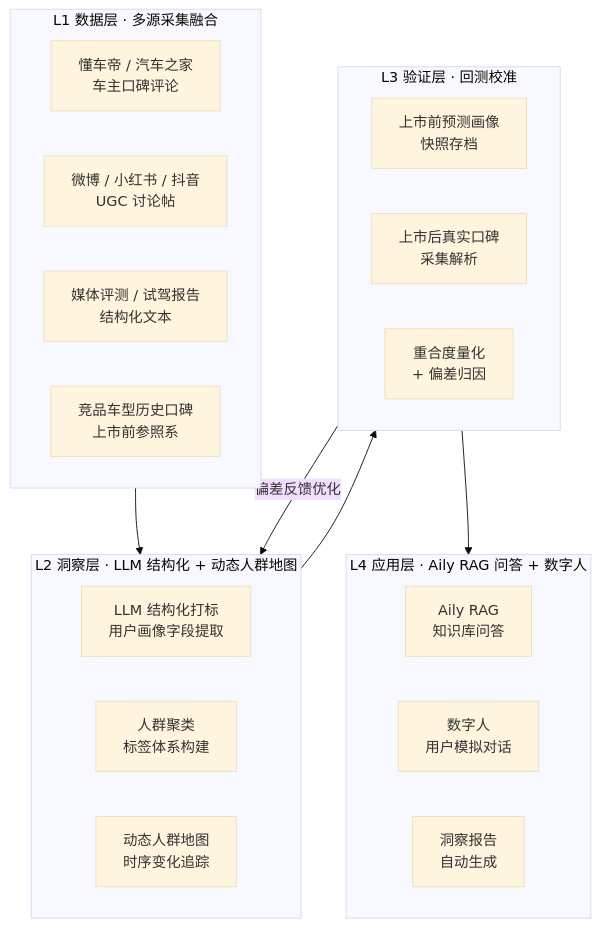
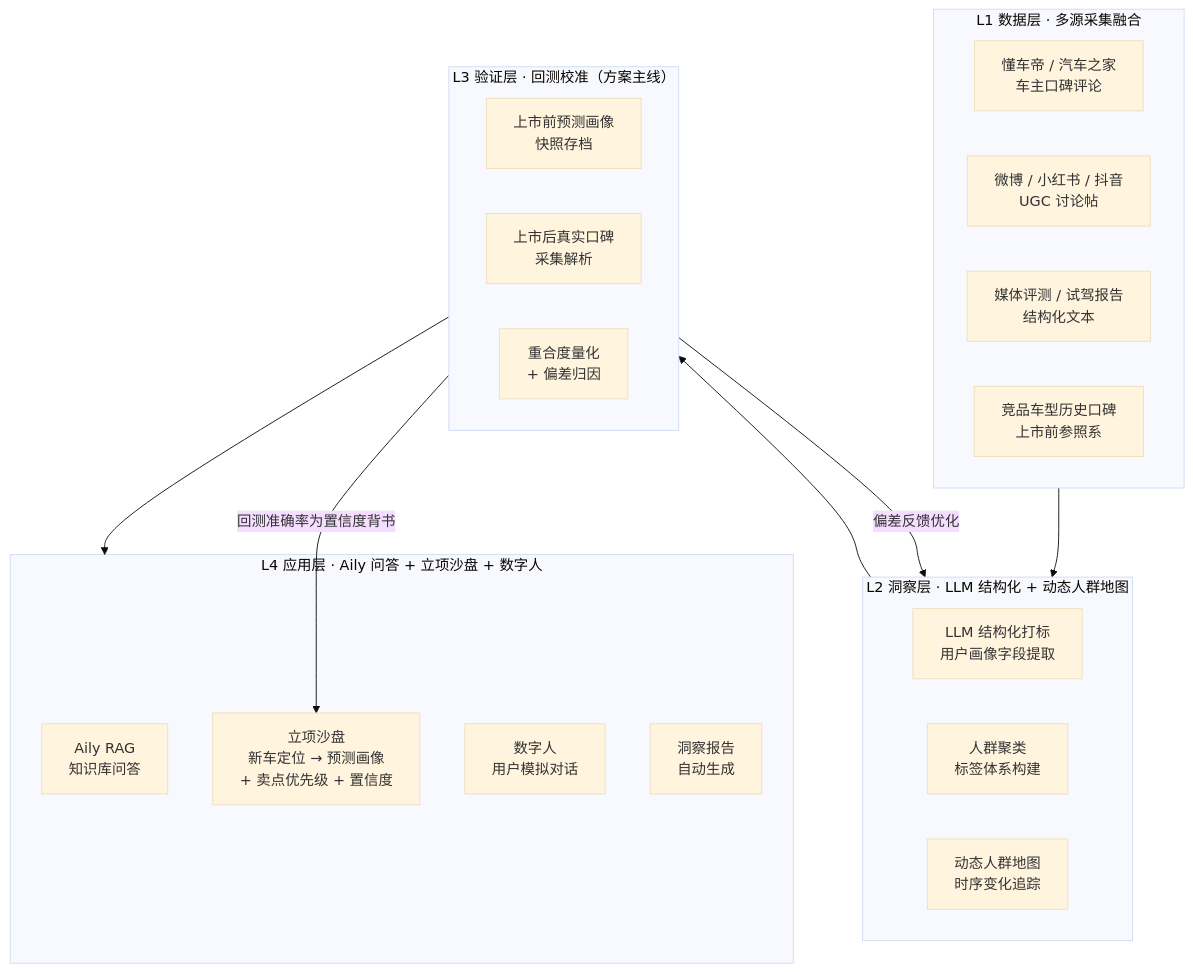
One commit to ellis00322/user-insight-engine-SAIC- changed the diagram in docs/architecture.md. Above: the diagram before and after it, drawn with Mermaid (base theme). The commit also changed other lines of this file and 3 other files, not shown here.

````diff
--- a/docs/architecture.md
+++ b/docs/architecture.md
@@ -7,32 +7,34 @@
 ```mermaid
 graph TB
     subgraph L1["L1 数据层 · 多源采集融合"]
         A1[懂车帝 / 汽车之家\n车主口碑评论]
         A2[微博 / 小红书 / 抖音\nUGC 讨论帖]
         A3[媒体评测 / 试驾报告\n结构化文本]
         A4[竞品车型历史口碑\n上市前参照系]
     end
 
     subgraph L2["L2 洞察层 · LLM 结构化 + 动态人群地图"]
         B1[LLM 结构化打标\n用户画像字段提取]
         B2[人群聚类\n标签体系构建]
         B3[动态人群地图\n时序变化追踪]
     end
 
-    subgraph L3["L3 验证层 · 回测校准"]
+    subgraph L3["L3 验证层 · 回测校准（方案主线）"]
         C1[上市前预测画像\n快照存档]
         C2[上市后真实口碑\n采集解析]
         C3[重合度量化\n+ 偏差归因]
     end
 
-    subgraph L4["L4 应用层 · Aily RAG 问答 + 数字人"]
+    subgraph L4["L4 应用层 · Aily 问答 + 立项沙盘 + 数字人"]
         D1[Aily RAG\n知识库问答]
-        D2[数字人\n用户模拟对话]
-        D3[洞察报告\n自动生成]
+        D2[立项沙盘\n新车定位 → 预测画像\n+ 卖点优先级 + 置信度]
+        D3[数字人\n用户模拟对话]
+        D4[洞察报告\n自动生成]
     end
 
     L1 --> L2
     L2 --> L3
     L3 -->|偏差反馈优化| L2
+    L3 -->|回测准确率为置信度背书| D2
     L3 --> L4
 ```
````
